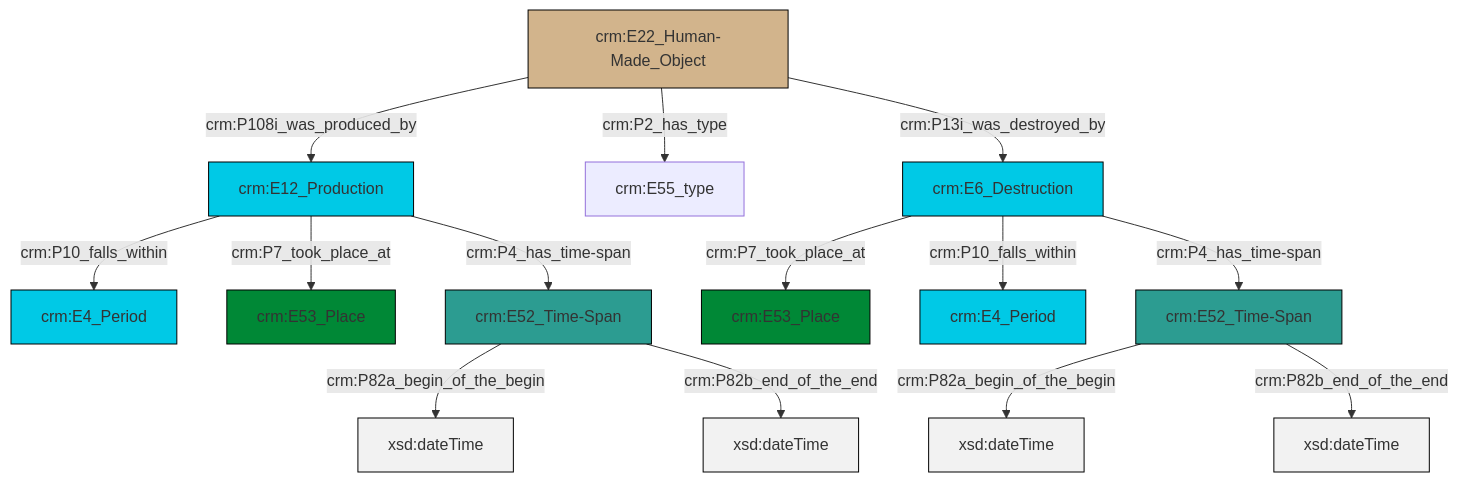
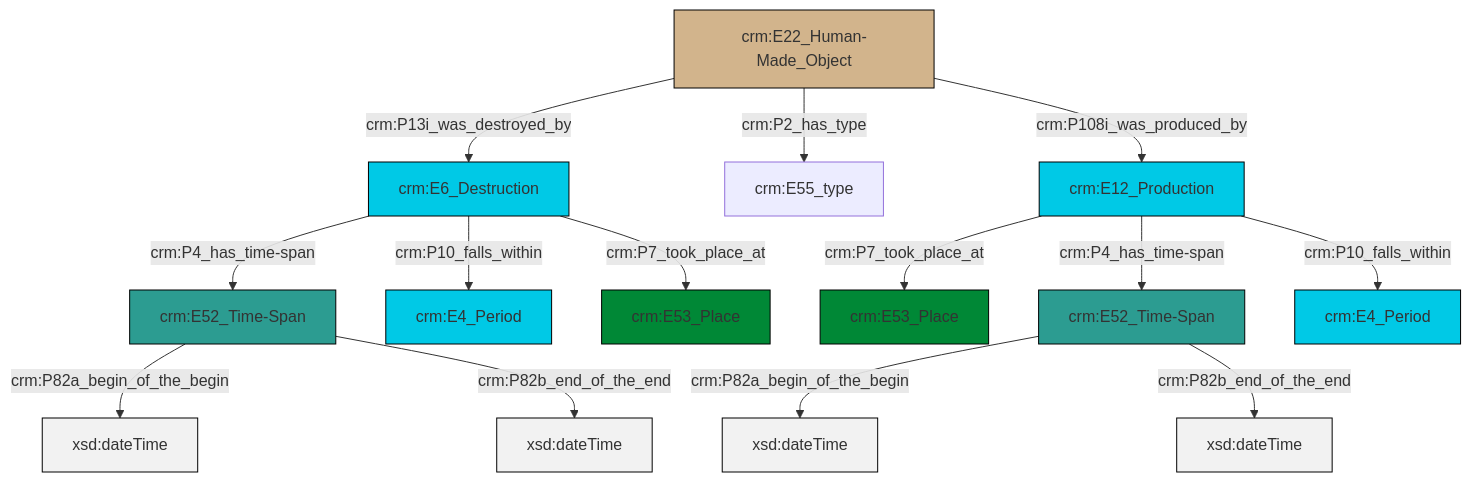
Before and after one commit to swiss-art-research-net/reference-data-models: the diagram in et/artworkCSV/ttl/mmd/Artwork_Existence.ttl.mmd, drawn with Mermaid. The commit also changed 125 other files, not shown here.

```diff
--- a/et/artworkCSV/ttl/mmd/Artwork_Existence.ttl.mmd
+++ b/et/artworkCSV/ttl/mmd/Artwork_Existence.ttl.mmd
@@ -1,28 +1,28 @@
 graph TD
 classDef Literal fill:#f2f2f2,stroke:#000000;
 classDef CRM_Entity fill:#FFFFFF,stroke:#000000;
 classDef Temporal_Entity fill:#00C9E6, stroke:#000000;
 classDef Type fill:#E18312, stroke:#000000;
 classDef Time-Span fill:#2C9C91, stroke:#000000;
 classDef Appellation fill:#FFEB7F, stroke:#000000;
 classDef Place fill:#008836, stroke:#000000;
 classDef Persistent_Item fill:#B266B2, stroke:#000000;
 classDef Conceptual_Object fill:#FFD700, stroke:#000000;
 classDef Physical_Thing fill:#D2B48C, stroke:#000000;
 classDef Actor fill:#f58aad, stroke:#000000;
 classDef PC_Classes fill:#4ce600, stroke:#000000;
 classDef Multi fill:#cccccc,stroke:#000000;
 
-0["crm:E12_Production"]:::Temporal_Entity -->|crm:P7_took_place_at| 4["crm:E53_Place"]:::Place
-5["crm:E22_Human-Made_Object"]:::Physical_Thing -->|crm:P2_has_type| 6["crm:E55_type"]:::Default
-7["crm:E52_Time-Span"]:::Time-Span -->|crm:P82a_begin_of_the_begin| 8[xsd:dateTime]:::Literal
-5["crm:E22_Human-Made_Object"]:::Physical_Thing -->|crm:P108i_was_produced_by| 0["crm:E12_Production"]:::Temporal_Entity
-9["crm:E6_Destruction"]:::Temporal_Entity -->|crm:P7_took_place_at| 10["crm:E53_Place"]:::Place
-7["crm:E52_Time-Span"]:::Time-Span -->|crm:P82b_end_of_the_end| 11[xsd:dateTime]:::Literal
-9["crm:E6_Destruction"]:::Temporal_Entity -->|crm:P10_falls_within| 12["crm:E4_Period"]:::Temporal_Entity
-0["crm:E12_Production"]:::Temporal_Entity -->|crm:P4_has_time-span| 7["crm:E52_Time-Span"]:::Time-Span
-9["crm:E6_Destruction"]:::Temporal_Entity -->|crm:P4_has_time-span| 15["crm:E52_Time-Span"]:::Time-Span
-15["crm:E52_Time-Span"]:::Time-Span -->|crm:P82a_begin_of_the_begin| 17[xsd:dateTime]:::Literal
-0["crm:E12_Production"]:::Temporal_Entity -->|crm:P10_falls_within| 2["crm:E4_Period"]:::Temporal_Entity
-15["crm:E52_Time-Span"]:::Time-Span -->|crm:P82b_end_of_the_end| 20[xsd:dateTime]:::Literal
-5["crm:E22_Human-Made_Object"]:::Physical_Thing -->|crm:P13i_was_destroyed_by| 9["crm:E6_Destruction"]:::Temporal_Entity
+0["crm:E6_Destruction"]:::Temporal_Entity -->|crm:P4_has_time-span| 1["crm:E52_Time-Span"]:::Time-Span
+2["crm:E12_Production"]:::Temporal_Entity -->|crm:P7_took_place_at| 3["crm:E53_Place"]:::Place
+0["crm:E6_Destruction"]:::Temporal_Entity -->|crm:P10_falls_within| 4["crm:E4_Period"]:::Temporal_Entity
+2["crm:E12_Production"]:::Temporal_Entity -->|crm:P4_has_time-span| 5["crm:E52_Time-Span"]:::Time-Span
+6["crm:E22_Human-Made_Object"]:::Physical_Thing -->|crm:P13i_was_destroyed_by| 0["crm:E6_Destruction"]:::Temporal_Entity
+2["crm:E12_Production"]:::Temporal_Entity -->|crm:P10_falls_within| 10["crm:E4_Period"]:::Temporal_Entity
+0["crm:E6_Destruction"]:::Temporal_Entity -->|crm:P7_took_place_at| 11["crm:E53_Place"]:::Place
+5["crm:E52_Time-Span"]:::Time-Span -->|crm:P82a_begin_of_the_begin| 14[xsd:dateTime]:::Literal
+6["crm:E22_Human-Made_Object"]:::Physical_Thing -->|crm:P2_has_type| 8["crm:E55_type"]:::Default
+1["crm:E52_Time-Span"]:::Time-Span -->|crm:P82a_begin_of_the_begin| 17[xsd:dateTime]:::Literal
+1["crm:E52_Time-Span"]:::Time-Span -->|crm:P82b_end_of_the_end| 20[xsd:dateTime]:::Literal
+6["crm:E22_Human-Made_Object"]:::Physical_Thing -->|crm:P108i_was_produced_by| 2["crm:E12_Production"]:::Temporal_Entity
+5["crm:E52_Time-Span"]:::Time-Span -->|crm:P82b_end_of_the_end| 22[xsd:dateTime]:::Literal
```
